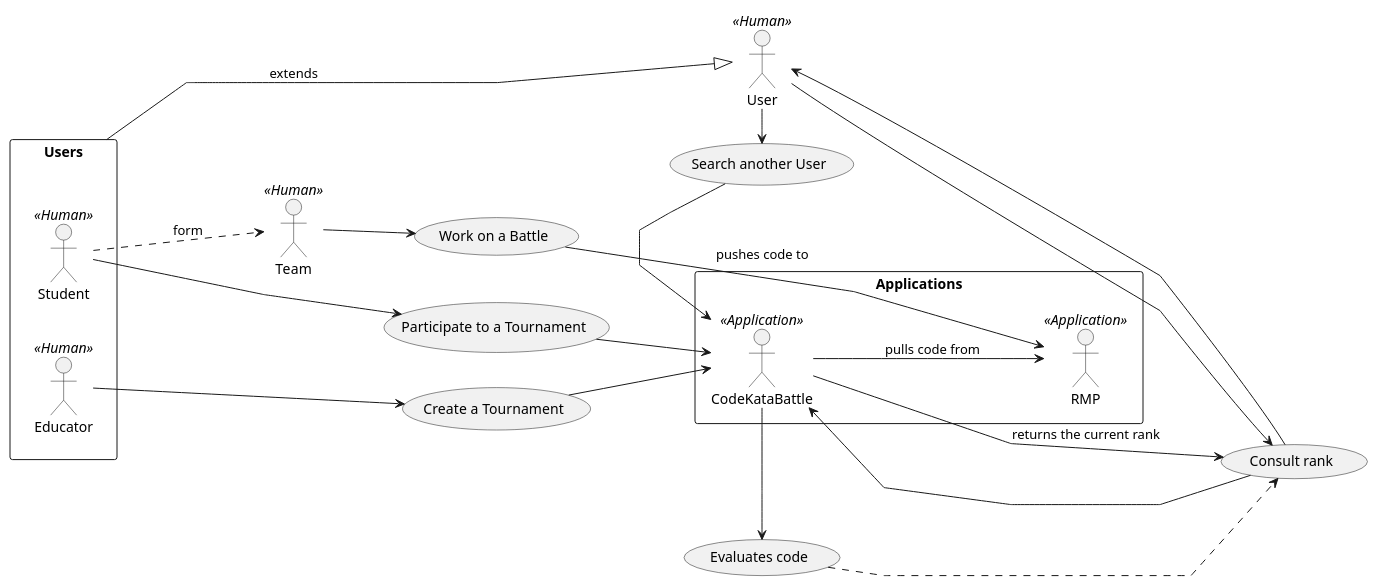
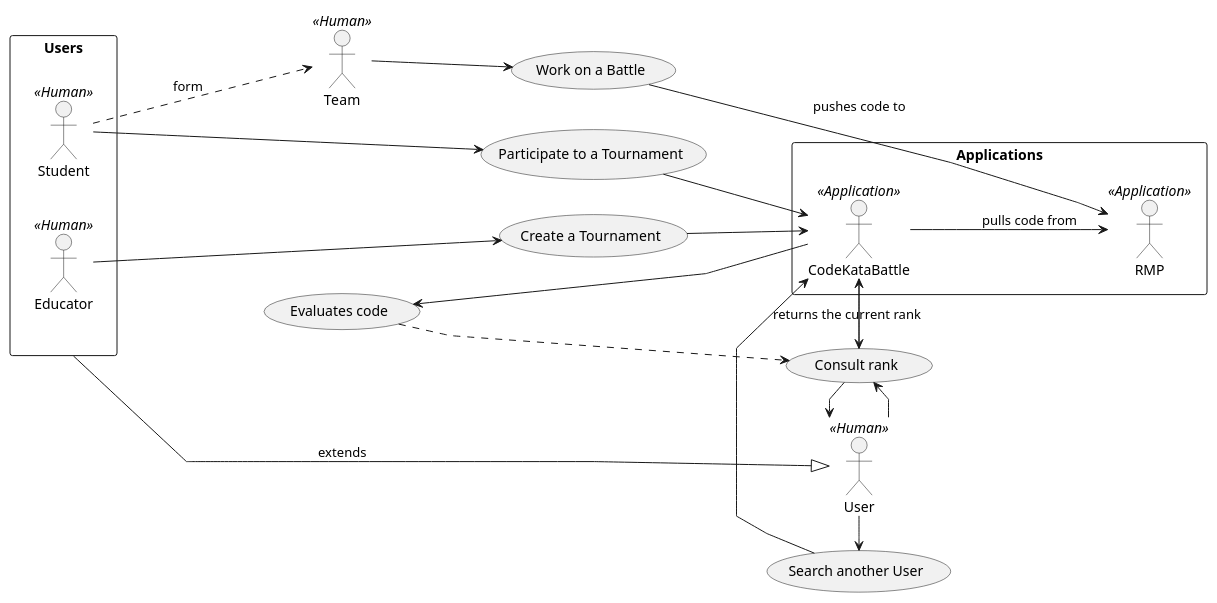
One commit to Angelo7672/SE2_Requirement-and-Design-Document changed the diagram in _RASD/Images/UML/useCaseDiagram/useCase2.wsd. Above: the diagram before and after it, drawn with PlantUML. The commit also changed 7 other files, not shown here.

Commit message:
SequenceDiagram UC2, 3, 3A, 3B, Badges, corrected UC3B table

```diff
--- a/_RASD/Images/UML/useCaseDiagram/useCase2.wsd
+++ b/_RASD/Images/UML/useCaseDiagram/useCase2.wsd
@@ -1,44 +1,44 @@
 @startuml
 skinparam linetype polyline
 left to right direction
 
 :User: <<Human>>
 :Team:<<Human>>
 rectangle Users{
     :Student:<<Human>>
     :Educator:<<Human>>
 }
 
 rectangle Applications{
     :CodeKataBattle: as CKB <<Application>>
     :RMP: <<Application>>
 }
 usecase "Participate to a Tournament" as UC2
 usecase "Create a Tournament" as UC4
 usecase "Work on a Battle" as UC6
 usecase "Evaluates code" as UC7
 usecase "Consult rank" as UC8
 usecase "Search another User" as UC9
 
 
 Users --|> User: extends
 Student --> UC2
 Educator --> UC4
 UC2 --> CKB
 UC4 --> CKB
 Team --> UC6
 Student ...> Team : form
 User -> UC8
 User -> UC9
 UC9 -> CKB
 UC8 --> CKB
 UC6 ---> RMP: pushes code to
 
-CKB ---> UC8: returns the current rank
+CKB -> UC8: returns the current rank
 UC8 -> User
 CKB --> RMP: pulls code from
 CKB --> UC7
 UC7 ...> UC8
 
 
 @enduml
```
